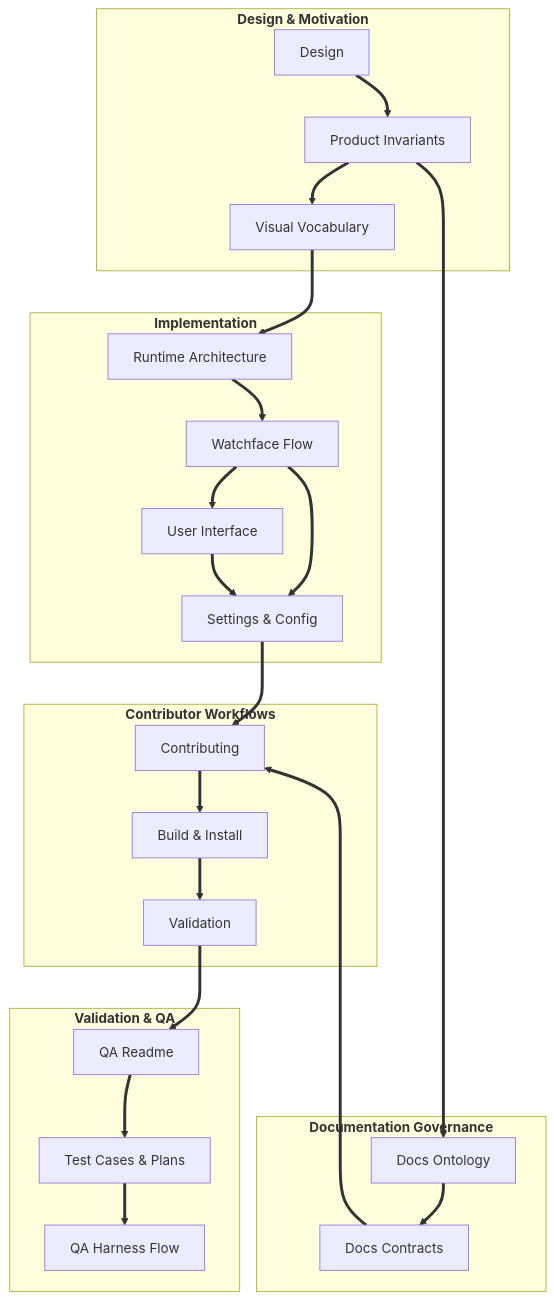
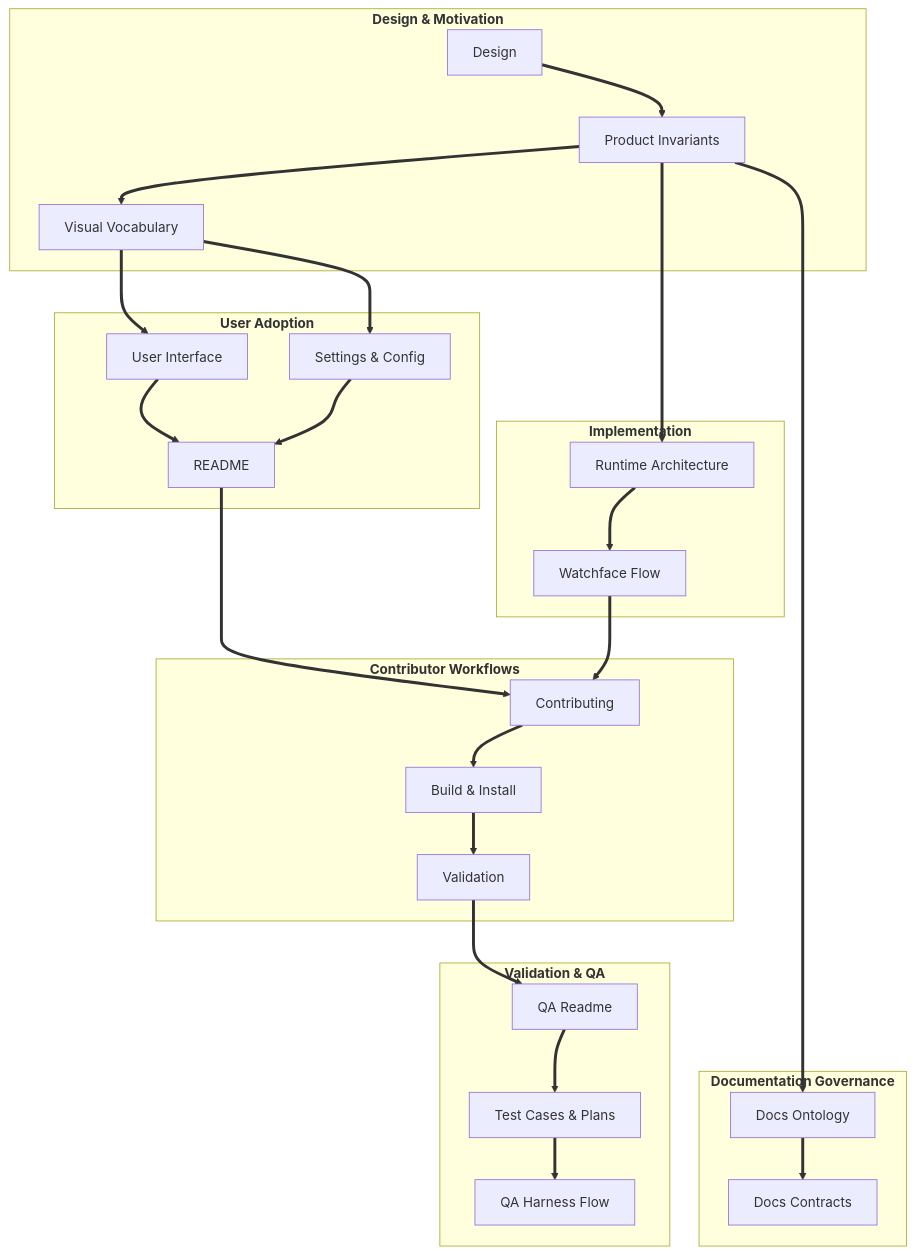
The diagram in docs/DocumentationOntology.md (jhatax/at-a-glance), drawn with Mermaid before and after one commit. The commit also changed other lines of this file and 10 other files, not shown here.

````diff
--- a/docs/DocumentationOntology.md
+++ b/docs/DocumentationOntology.md
@@ -41,30 +41,38 @@
 ```mermaid
 graph TD
-  L1 ~~~ L2 ~~~ L3 ~~~ L4 ~~~ L5
+  L1 ~~~ L2 ~~~ L3 ~~~ L4 ~~~ L5 ~~~ L6
 
   subgraph L1 ["<b>Design & Motivation</b>"]
     p1["Design"] ==> p2["Product Invariants"]
     p2 ==> p3["Visual Vocabulary"]
   end
 
-  subgraph L2 ["<b>Implementation</b>"]
-    p3 ==> i2["Runtime Architecture"]
-    i2 ==> i3["Watchface Flow"]
-    i3 ==> i4["User Interface"]
-    i3 ==> c2["Settings & Config"]
-    i4 ==> c2
+  subgraph L2 ["<b>User Adoption</b>"]
+    p3 ==> u1
+    p3 ==> u2
+    u1["User Interface"] ==> u3
+    u2["Settings & Config"] ==> u3
+    u3["README"]
   end
 
-  subgraph L3 ["<b>Contributor Workflows</b>"]
-    c2 ==> r1 ==> r2["Build & Install"] ==> r3["Validation"]
+  subgraph L3 ["<b>Implementation</b>"]
+    p2 ==> i1["Runtime Architecture"] ==> i2["Watchface Flow"]
   end
 
-  subgraph L4 ["<b>Validation & QA</b>"]
-    r3 ==> q2["QA Readme"] ==> q3["Test Cases & Plans"] ==> q4["QA Harness Flow"]
+
+  subgraph L4 ["<b>Contributor Workflows</b>"]
+    u3 ==> c1
+    i2 ==> c1
+    c1["Contributing"] ==> c2["Build & Install"] ==> c3["Validation"]
   end
 
-  subgraph L5 ["<b>Documentation Governance</b>"]
-    d1["Docs Ontology"] ==> d2["Docs Contracts"] ==> r1["Contributing"]
+  subgraph L5 ["<b>Validation & QA</b>"]
+    c3 ==> q1
+    q1["QA Readme"] ==> q2["Test Cases & Plans"] ==> q3["QA Harness Flow"]
+  end
+
+  subgraph L6 ["<b>Documentation Governance</b>"]
     p2 ==> d1
+    d1["Docs Ontology"] ==> d2["Docs Contracts"]
   end
 ```
````
